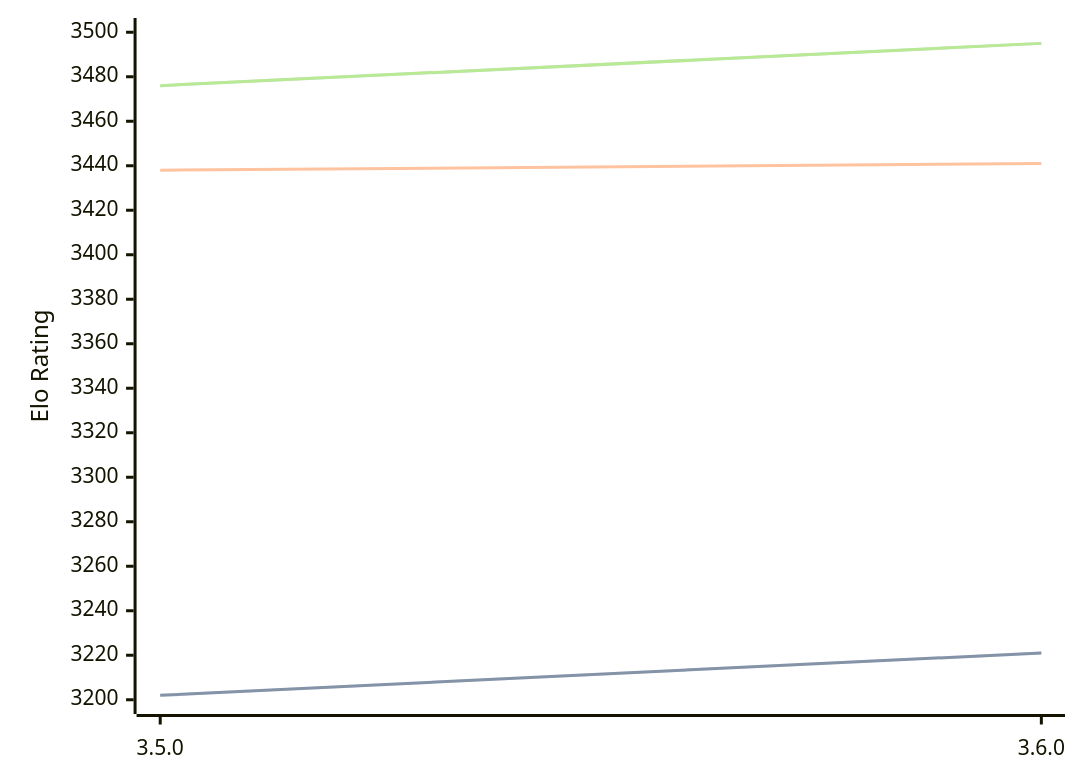
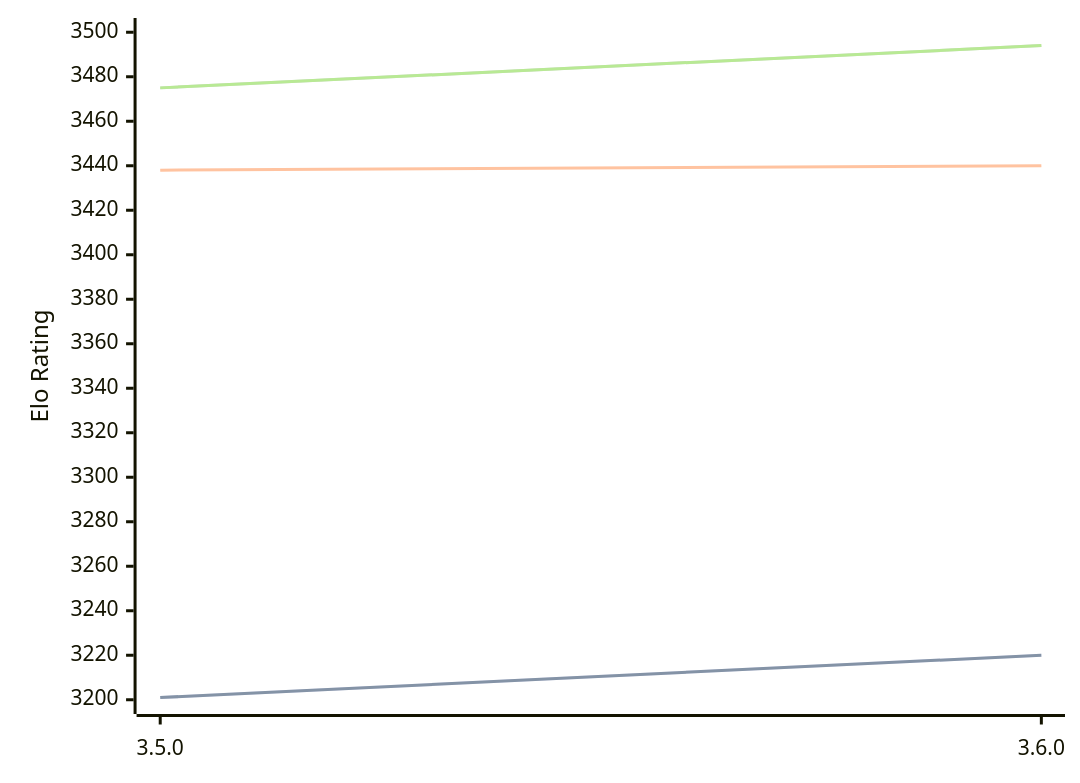
Before and after one commit to computer-chess-index/cci: the diagram in engines/Igel.md, drawn with Mermaid. The commit also changed other lines of this file, not shown here.

Commit message:
Update CCI Ratings (ELO VLTC) - 2026-03-12

````diff
--- a/engines/Igel.md
+++ b/engines/Igel.md
@@ -66,11 +66,11 @@
 ```mermaid
 %%{init: {"theme":"base","themeVariables":{"seriesColors:['#a3a3a3','#222221','#faa371']}}}%%
 xychart-beta
   x-axis ["3.5.0", "3.6.0"]
   y-axis "Elo Rating" 3200 --> 3500
-  line "STC (8.0+0.08s)" [3202, 3221]
-  line "STC (8.0+0.08s)" [3202, 3221]
-  line "LTC (60.0+0.60s)" [3438, 3441]
-  line "VLTC (2m24s+1.12s)" [3476, 3495]
-  line "VLTC (2m24s+1.12s)" [3476, 3495]
+  line "STC (8.0+0.08s)" [3201, 3220]
+  line "STC (8.0+0.08s)" [3201, 3220]
+  line "LTC (60.0+0.60s)" [3438, 3440]
+  line "VLTC (2m24s+1.12s)" [3475, 3494]
+  line "VLTC (2m24s+1.12s)" [3475, 3494]
 ```
````
